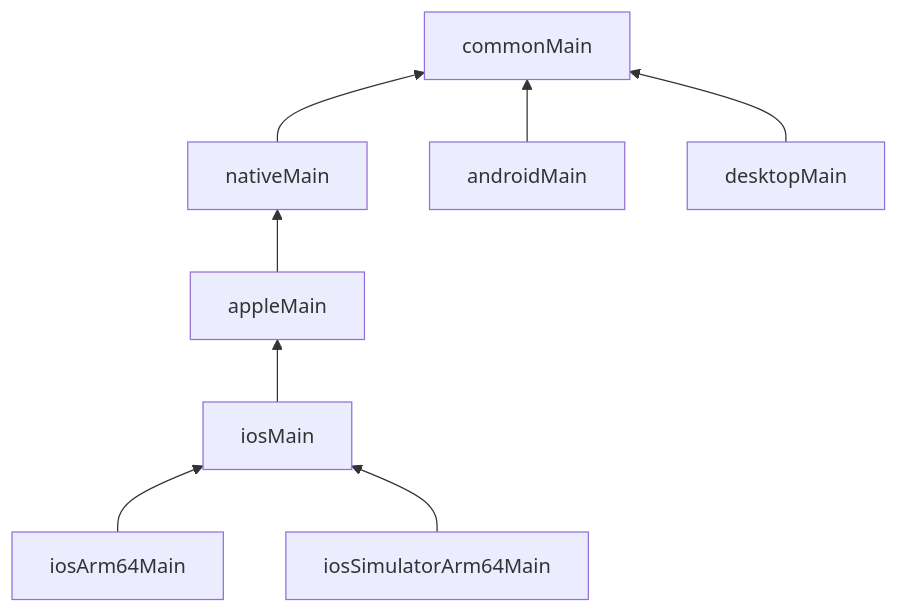
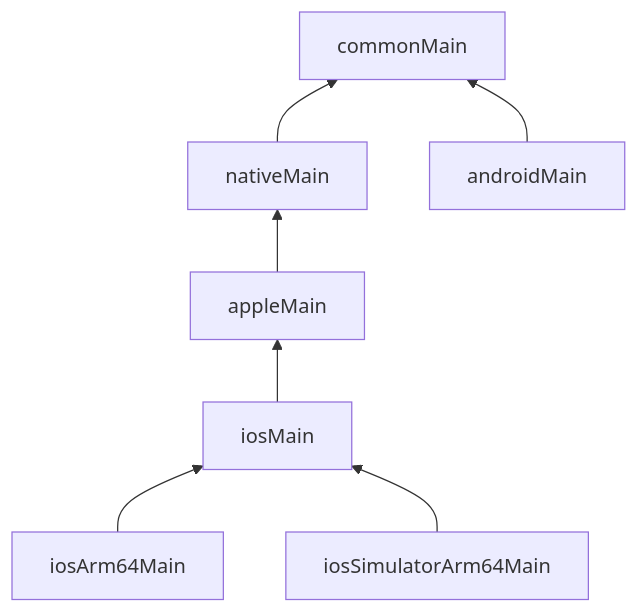
The diagram in docs/lessons/03-project-structure.md (tucarmd/kotlin-multi-platform), drawn with Mermaid before and after one commit. The commit also changed other lines of this file and 33 other files, not shown here.

````diff
--- a/docs/lessons/03-project-structure.md
+++ b/docs/lessons/03-project-structure.md
@@ -33,8 +53,7 @@
 ```mermaid
 flowchart BT
   iosArm64Main --> iosMain
   iosSimulatorArm64Main --> iosMain
   iosMain --> appleMain --> nativeMain --> commonMain
   androidMain --> commonMain
-  desktopMain --> commonMain
 ```
````
